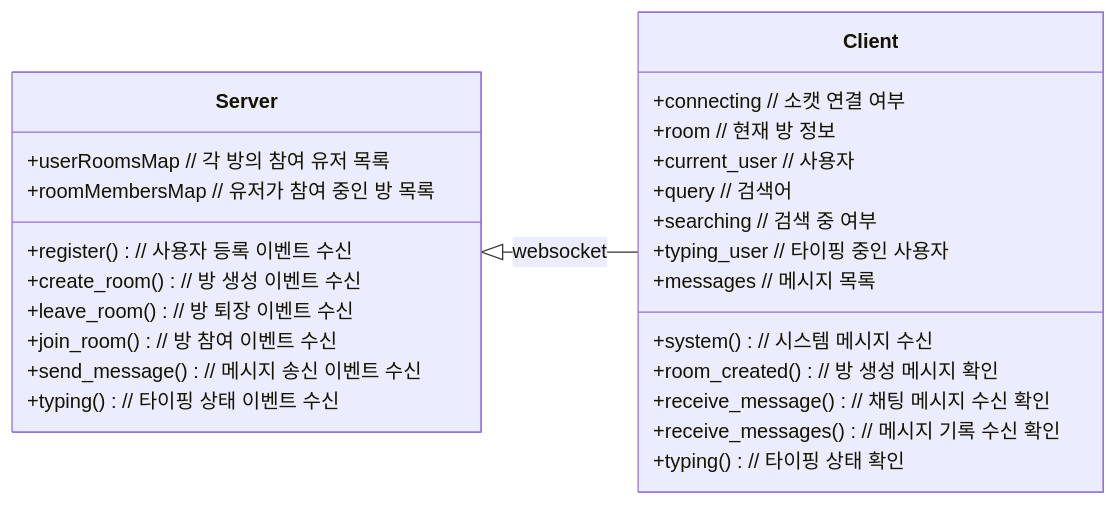
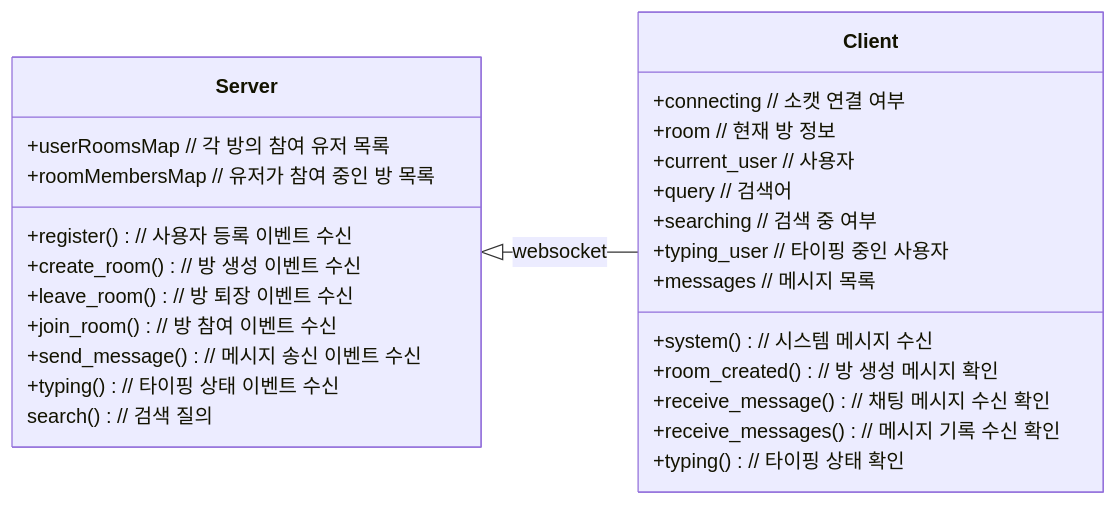
The first of 2 diagrams in README.md (NarciSource/Chat-Socket.IO), drawn with Mermaid before and after one commit. The commit also changed other lines of this file, not shown here.

````diff
--- a/README.md
+++ b/README.md
@@ -99,32 +110,33 @@
 ```mermaid
 classDiagram
     direction RL
 
     class Client {
         +connecting // 소캣 연결 여부
         +room // 현재 방 정보
         +current_user // 사용자
         +query // 검색어
         +searching // 검색 중 여부
         +typing_user // 타이핑 중인 사용자
         +messages // 메시지 목록
         +system() // 시스템 메시지 수신
         +room_created() // 방 생성 메시지 확인
         +receive_message() // 채팅 메시지 수신 확인
         +receive_messages() // 메시지 기록 수신 확인
         +typing() // 타이핑 상태 확인
     }
 
     class Server {
         +userRoomsMap // 각 방의 참여 유저 목록
         +roomMembersMap // 유저가 참여 중인 방 목록
         +register() // 사용자 등록 이벤트 수신
         +create_room() // 방 생성 이벤트 수신
         +leave_room() // 방 퇴장 이벤트 수신
         +join_room() // 방 참여 이벤트 수신
         +send_message() // 메시지 송신 이벤트 수신
         +typing() // 타이핑 상태 이벤트 수신
+        search() // 검색 질의
     }
 
     Client --|> Server : websocket
 ```
````
